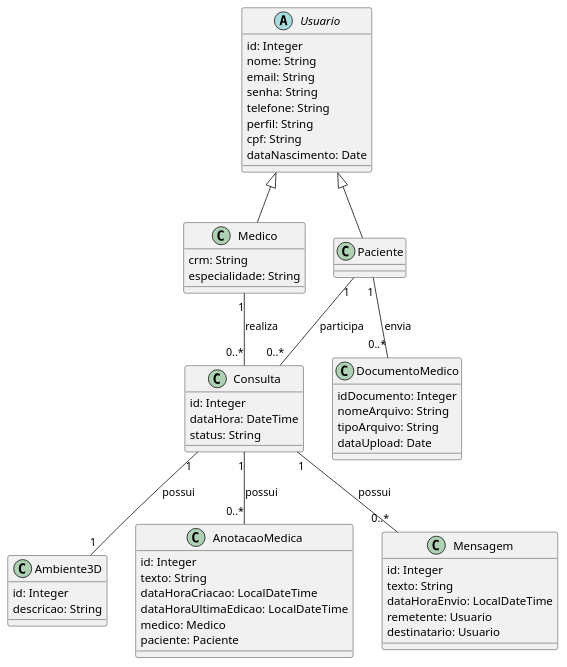
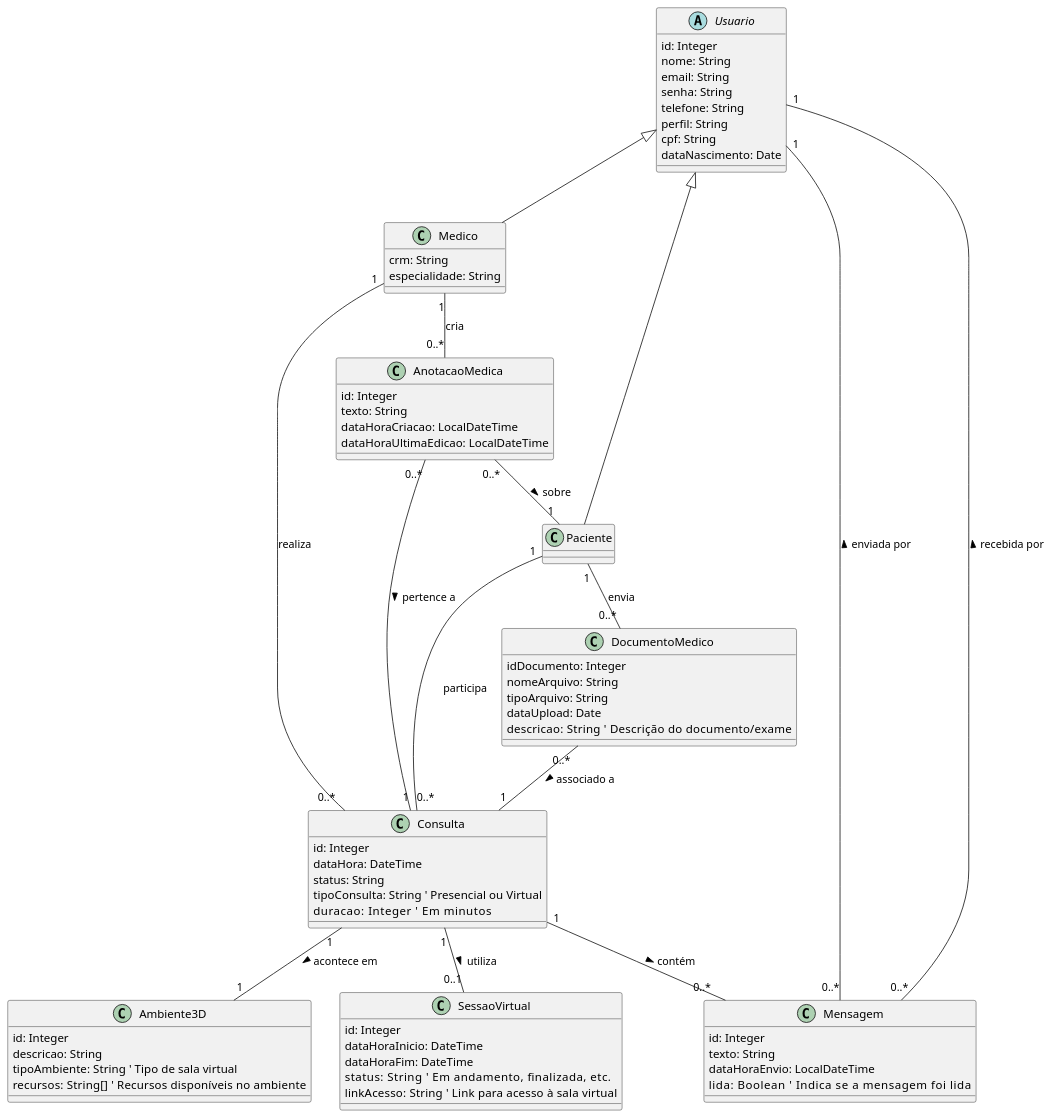
The diagram in trabalho_grupo/modelos_uml/diagrama_classes.plantuml (gilmarUFG/rs_es_20251_g1), drawn with PlantUML before and after one commit.

```diff
--- a/trabalho_grupo/modelos_uml/diagrama_classes.plantuml
+++ b/trabalho_grupo/modelos_uml/diagrama_classes.plantuml
@@ -1,72 +1,85 @@
 @startuml
-
 ' Modelo de domínio combinado (classes de análise - atributos e associações)
-
 abstract class Usuario {
     id: Integer
     nome: String
     email: String
     senha: String
     telefone: String
     perfil: String
     cpf: String
     dataNascimento: Date 
 }
 
 class Medico {
     crm: String
     especialidade: String 
 }
 
 class Paciente { 
     ' Herda atributos de Usuario
 }
 
 class Consulta {
     id: Integer
     dataHora: DateTime
-    status: String 
+    status: String
+    tipoConsulta: String  ' Presencial ou Virtual
+    duracao: Integer      ' Em minutos
 }
 
 class DocumentoMedico {
     idDocumento: Integer
     nomeArquivo: String
     tipoArquivo: String
-    dataUpload: Date 
+    dataUpload: Date
+    descricao: String     ' Descrição do documento/exame
 }
 
 class Ambiente3D {
     id: Integer
-    descricao: String 
+    descricao: String
+    tipoAmbiente: String  ' Tipo de sala virtual
+    recursos: String[]    ' Recursos disponíveis no ambiente
 }
 
 class AnotacaoMedica {
     id: Integer
     texto: String
     dataHoraCriacao: LocalDateTime
     dataHoraUltimaEdicao: LocalDateTime
-    medico: Medico
-    paciente: Paciente
 }
 
 class Mensagem {
     id: Integer
     texto: String
     dataHoraEnvio: LocalDateTime
-    remetente: Usuario
-    destinatario: Usuario
+    lida: Boolean         ' Indica se a mensagem foi lida
+}
+
+class SessaoVirtual {
+    id: Integer
+    dataHoraInicio: DateTime
+    dataHoraFim: DateTime
+    status: String        ' Em andamento, finalizada, etc.
+    linkAcesso: String    ' Link para acesso à sala virtual
 }
 
 ' Herança 
 Usuario <|-- Medico 
 Usuario <|-- Paciente
 
 ' Associações 
 Medico "1" -- "0..*" Consulta : realiza
 Paciente "1" -- "0..*" Consulta : participa
-Consulta "1" -- "1" Ambiente3D : possui
+Consulta "1" -- "1" Ambiente3D : acontece em >
+Consulta "1" -- "0..1" SessaoVirtual : utiliza >
 Paciente "1" -- "0..*" DocumentoMedico : envia
-Consulta "1" -- "0..*" AnotacaoMedica : possui
-Consulta "1" -- "0..*" Mensagem : possui
-
+DocumentoMedico "0..*" -- "1" Consulta : associado a >
+Medico "1" -- "0..*" AnotacaoMedica : cria
+AnotacaoMedica "0..*" -- "1" Consulta : pertence a >
+AnotacaoMedica "0..*" -- "1" Paciente : sobre >
+Mensagem "0..*" -- "1" Usuario : enviada por >
+Mensagem "0..*" -- "1" Usuario : recebida por >
+Consulta "1" -- "0..*" Mensagem : contém >
 @enduml
```
